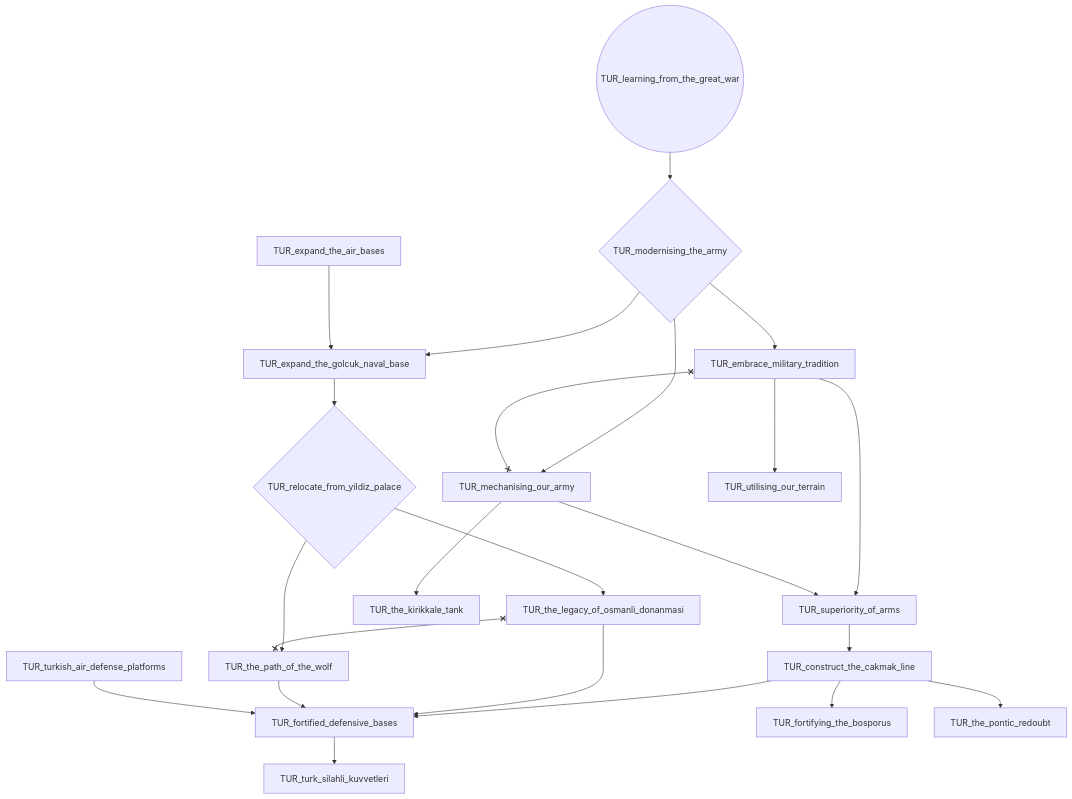
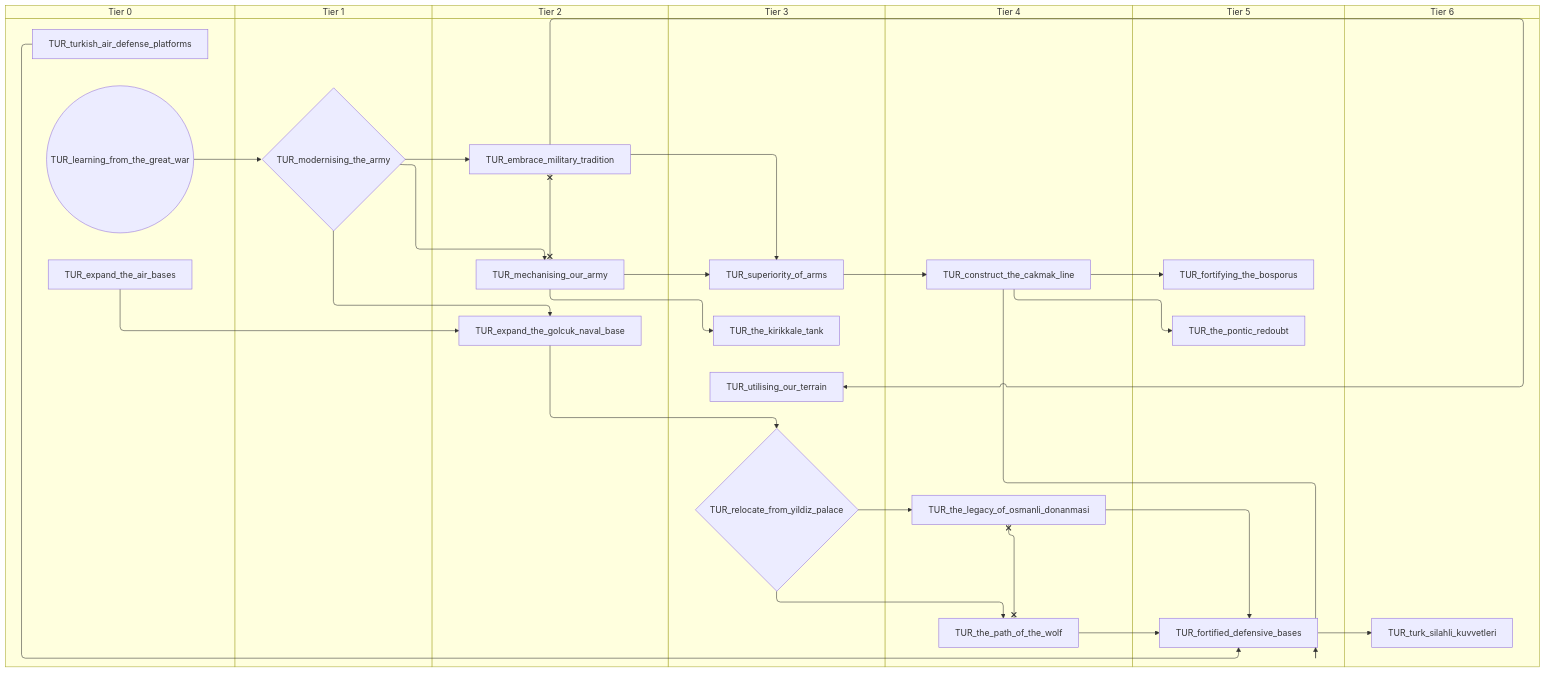
One commit to evgeny-sobol/hoi4-sandbox-mode-r56 changed the second of 4 diagrams in docs/gdd/National Focuses/turkey.md. Above: the diagram before and after it, drawn with Mermaid. The commit also changed other lines of this file and 423 other files, not shown here.

First line of the commit message:
Re-export Rt56 focus trees as swimlane diagrams

````diff
--- a/docs/gdd/National Focuses/turkey.md
+++ b/docs/gdd/National Focuses/turkey.md
@@ -41,43 +55,57 @@
 ```mermaid
-flowchart TD
-    n2["TUR_construct_the_cakmak_line"]
-    n15["TUR_embrace_military_tradition"]
-    n3["TUR_expand_the_air_bases"]
-    n4["TUR_expand_the_golcuk_naval_base"]
-    n5["TUR_fortified_defensive_bases"]
-    n16["TUR_fortifying_the_bosporus"]
-    n17(("TUR_learning_from_the_great_war"))
-    n18["TUR_mechanising_our_army"]
-    n8{"TUR_modernising_the_army"}
-    n10{"TUR_relocate_from_yildiz_palace"}
-    n19["TUR_superiority_of_arms"]
-    n20["TUR_the_kirikkale_tank"]
-    n11["TUR_the_legacy_of_osmanli_donanmasi"]
-    n12["TUR_the_path_of_the_wolf"]
-    n21["TUR_the_pontic_redoubt"]
-    n13["TUR_turk_silahli_kuvvetleri"]
-    n14["TUR_turkish_air_defense_platforms"]
-    n22["TUR_utilising_our_terrain"]
-    n19 --> n2
-    n8 --> n15
-    n8 --> n4
-    n3 --> n4
-    n2 --> n5
-    n11 --> n5
-    n12 --> n5
-    n14 --> n5
-    n2 --> n16
-    n8 --> n18
-    n17 --> n8
-    n4 --> n10
-    n15 --> n19
-    n18 --> n19
-    n18 --> n20
-    n10 --> n11
-    n10 --> n12
-    n2 --> n21
-    n5 --> n13
-    n15 --> n22
-    n15 x--x n18
-    n11 x--x n12
+swimlane-beta TD
+    subgraph tier_0["Tier 0"]
+        n4["TUR_expand_the_air_bases"]
+        n15(("TUR_learning_from_the_great_war"))
+        n12["TUR_turkish_air_defense_platforms"]
+    end
+    subgraph tier_1["Tier 1"]
+        n3{"TUR_modernising_the_army"}
+    end
+    subgraph tier_2["Tier 2"]
+        n16["TUR_embrace_military_tradition"]
+        n6["TUR_expand_the_golcuk_naval_base"]
+        n17["TUR_mechanising_our_army"]
+    end
+    subgraph tier_3["Tier 3"]
+        n9{"TUR_relocate_from_yildiz_palace"}
+        n18["TUR_superiority_of_arms"]
+        n19["TUR_the_kirikkale_tank"]
+        n20["TUR_utilising_our_terrain"]
+    end
+    subgraph tier_4["Tier 4"]
+        n1["TUR_construct_the_cakmak_line"]
+        n10["TUR_the_legacy_of_osmanli_donanmasi"]
+        n11["TUR_the_path_of_the_wolf"]
+    end
+    subgraph tier_5["Tier 5"]
+        n13["TUR_fortified_defensive_bases"]
+        n21["TUR_fortifying_the_bosporus"]
+        n22["TUR_the_pontic_redoubt"]
+    end
+    subgraph tier_6["Tier 6"]
+        n14["TUR_turk_silahli_kuvvetleri"]
+    end
+    n18 --> n1
+    n3 --> n16
+    n3 --> n6
+    n4 --> n6
+    n1 --> n13
+    n10 --> n13
+    n11 --> n13
+    n12 --> n13
+    n1 --> n21
+    n3 --> n17
+    n15 --> n3
+    n6 --> n9
+    n16 --> n18
+    n17 --> n18
+    n17 --> n19
+    n9 --> n10
+    n9 --> n11
+    n1 --> n22
+    n13 --> n14
+    n16 --> n20
+    n16 x--x n17
+    n10 x--x n11
 ```
````
